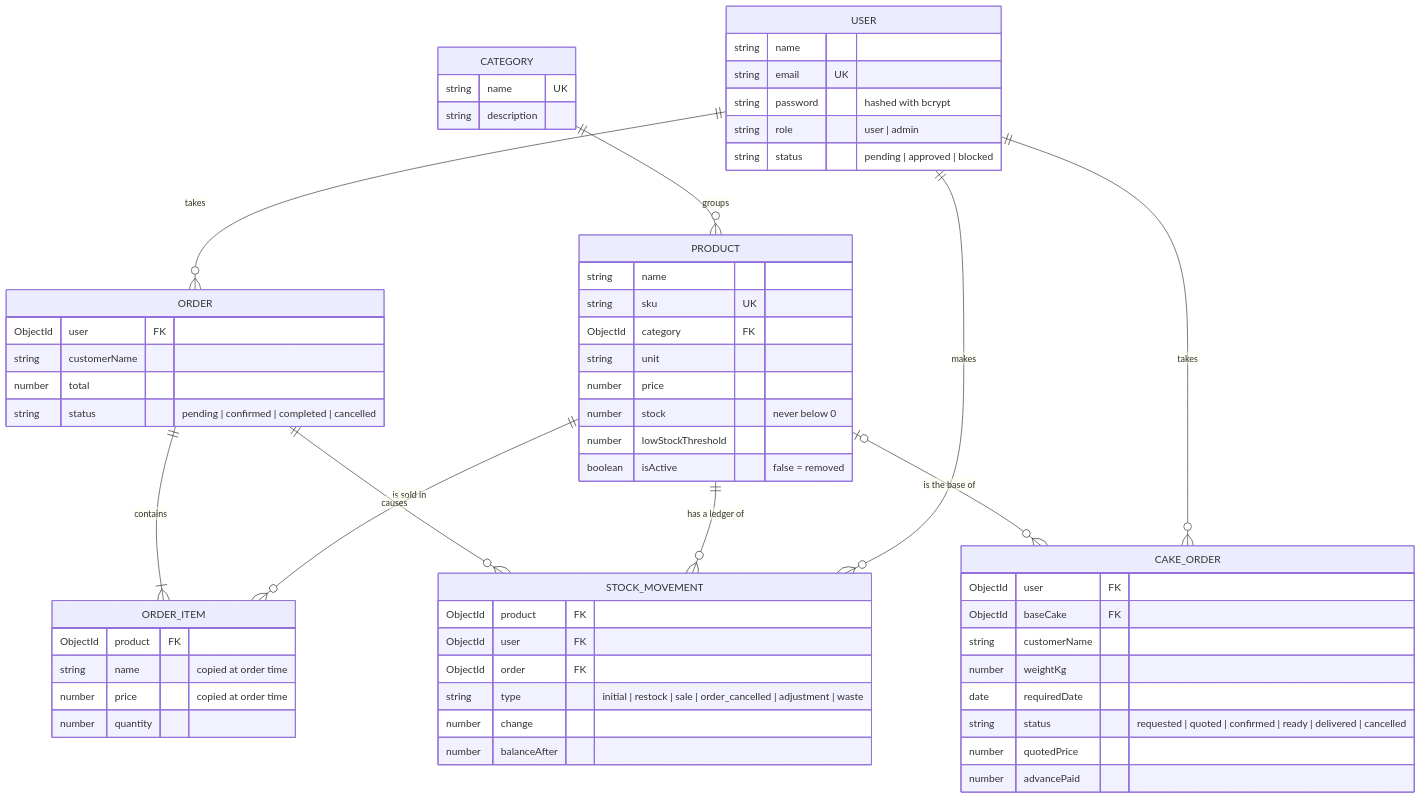
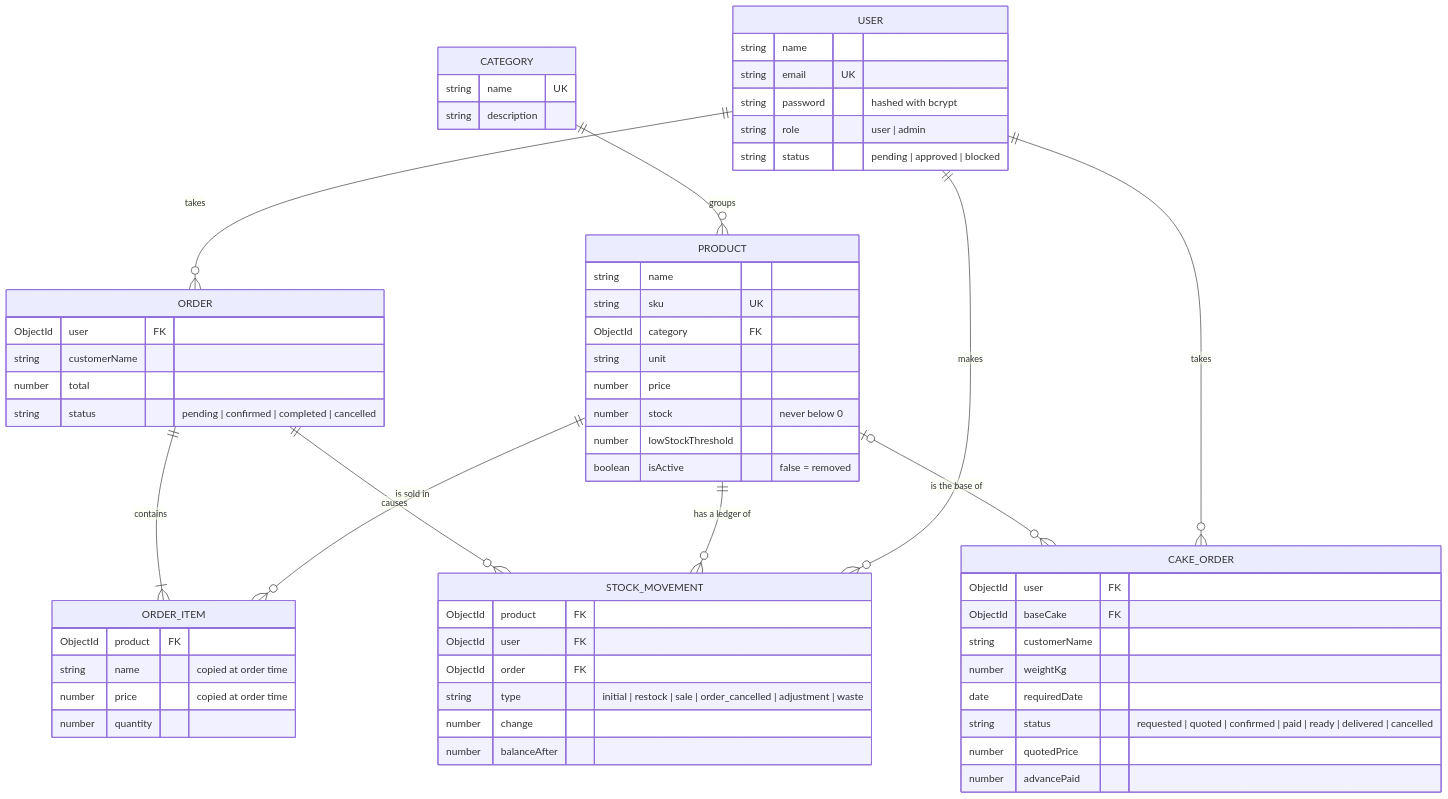
One commit to mariadesousasfx71-source/bread-n-more changed the diagram in README.md. Above: the diagram before and after it, drawn with Mermaid.

Commit message:
Add paid status to the README diagram

````diff
--- a/README.md
+++ b/README.md
@@ -43,63 +43,63 @@
 ```mermaid
 erDiagram
     USER ||--o{ ORDER : "takes"
     USER ||--o{ CAKE_ORDER : "takes"
     USER ||--o{ STOCK_MOVEMENT : "makes"
     CATEGORY ||--o{ PRODUCT : "groups"
     PRODUCT ||--o{ ORDER_ITEM : "is sold in"
     PRODUCT ||--o{ STOCK_MOVEMENT : "has a ledger of"
     PRODUCT |o--o{ CAKE_ORDER : "is the base of"
     ORDER ||--|{ ORDER_ITEM : "contains"
     ORDER ||--o{ STOCK_MOVEMENT : "causes"
     USER {
         string name
         string email UK
         string password "hashed with bcrypt"
         string role "user | admin"
         string status "pending | approved | blocked"
     }
     CATEGORY {
         string name UK
         string description
     }
     PRODUCT {
         string name
         string sku UK
         ObjectId category FK
         string unit
         number price
         number stock "never below 0"
         number lowStockThreshold
         boolean isActive "false = removed"
     }
     STOCK_MOVEMENT {
         ObjectId product FK
         ObjectId user FK
         ObjectId order FK
         string type "initial | restock | sale | order_cancelled | adjustment | waste"
         number change
         number balanceAfter
     }
     ORDER {
         ObjectId user FK
         string customerName
         number total
         string status "pending | confirmed | completed | cancelled"
     }
     ORDER_ITEM {
         ObjectId product FK
         string name "copied at order time"
         number price "copied at order time"
         number quantity
     }
     CAKE_ORDER {
         ObjectId user FK
         ObjectId baseCake FK
         string customerName
         number weightKg
         date requiredDate
-        string status "requested | quoted | confirmed | ready | delivered | cancelled"
+        string status "requested | quoted | confirmed | paid | ready | delivered | cancelled"
         number quotedPrice
         number advancePaid
     }
 ```
````
